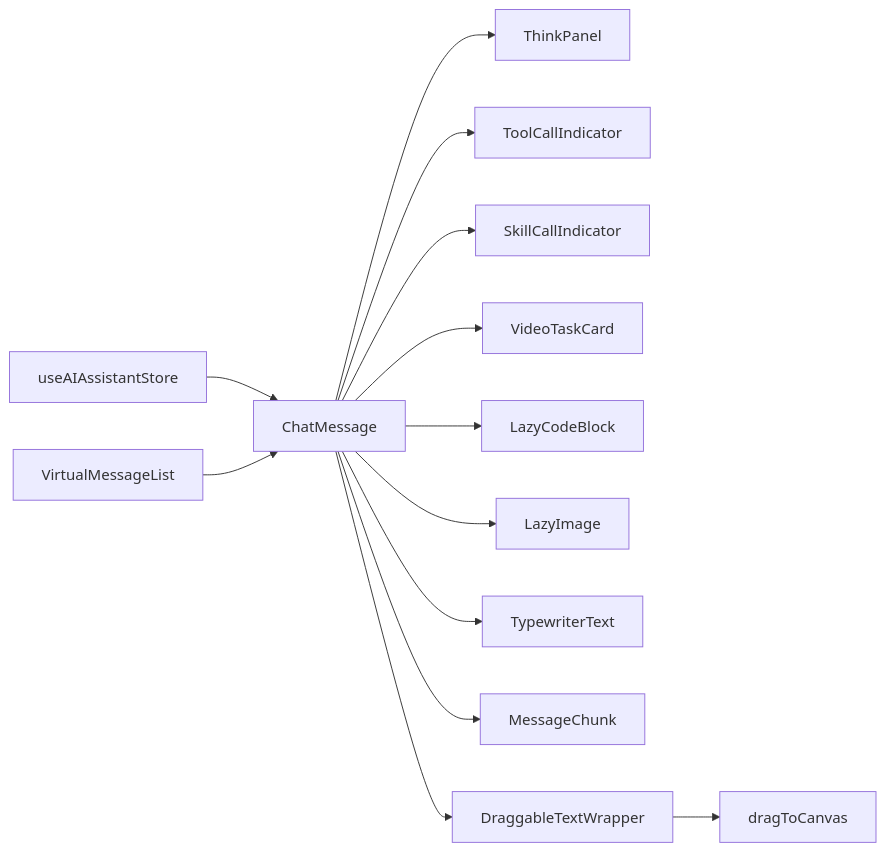
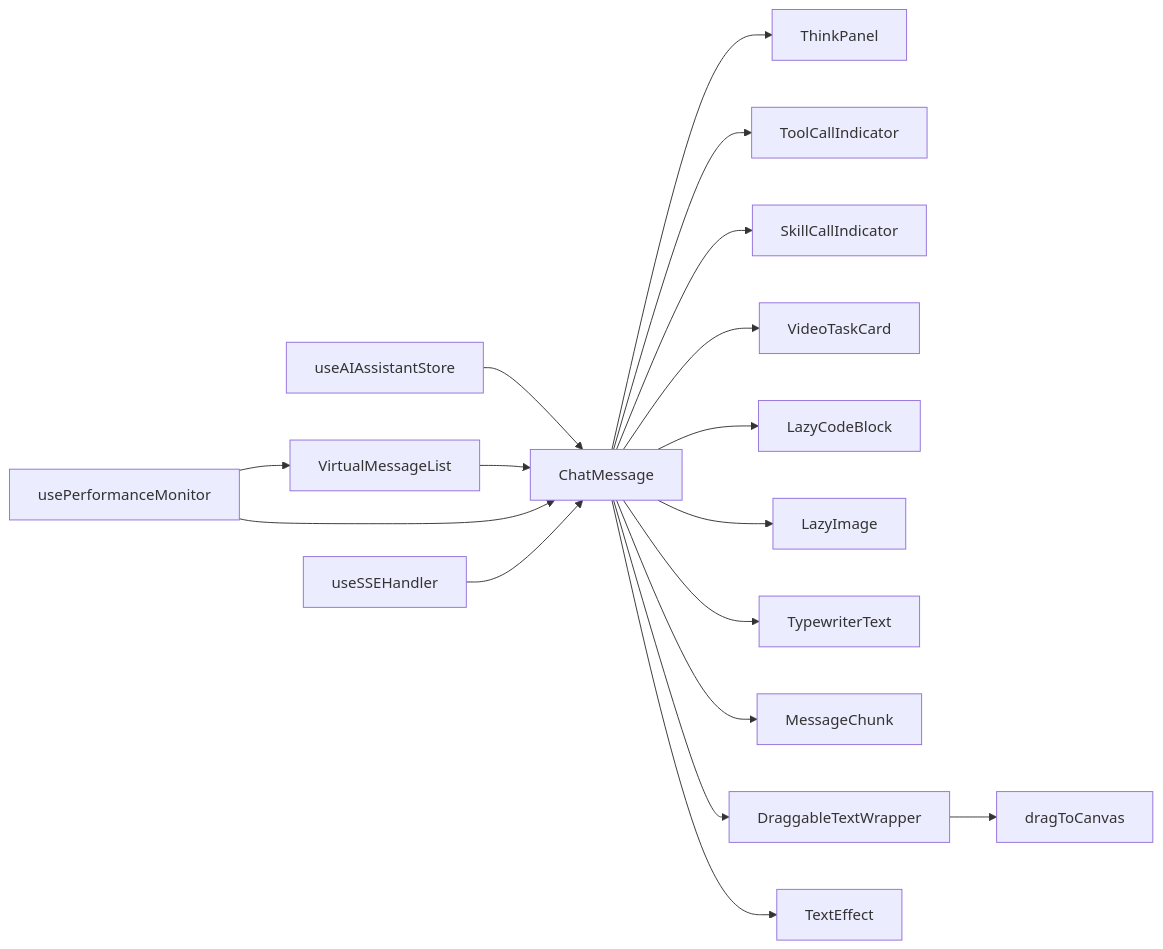
One commit to KunLabAI/KunFlix changed the fifth of 5 diagrams in .qoder/repowiki/zh/content/前端组件系统/AI助手组件/消息系统.md. Above: the diagram before and after it, drawn with Mermaid. The commit also changed other lines of this file and 21 other files, not shown here.

````diff
--- a/.qoder/repowiki/zh/content/前端组件系统/AI助手组件/消息系统.md
+++ b/.qoder/repowiki/zh/content/前端组件系统/AI助手组件/消息系统.md
@@ -335,15 +423,19 @@
 ```mermaid
 graph LR
 ZS["useAIAssistantStore"] --> CM["ChatMessage"]
 VML["VirtualMessageList"] --> CM
 CM --> TP["ThinkPanel"]
 CM --> TCI["ToolCallIndicator"]
 CM --> SCI["SkillCallIndicator"]
 CM --> VTC["VideoTaskCard"]
 CM --> LCB["LazyCodeBlock"]
 CM --> LI["LazyImage"]
 CM --> TT["TypewriterText"]
 CM --> MC["MessageChunk"]
 CM --> DTW["DraggableTextWrapper"]
+CM --> TE["TextEffect"]
 DTW --> D2C["dragToCanvas"]
+PM["usePerformanceMonitor"] --> CM
+PM --> VML
+SSH["useSSEHandler"] --> CM
 ```
````
